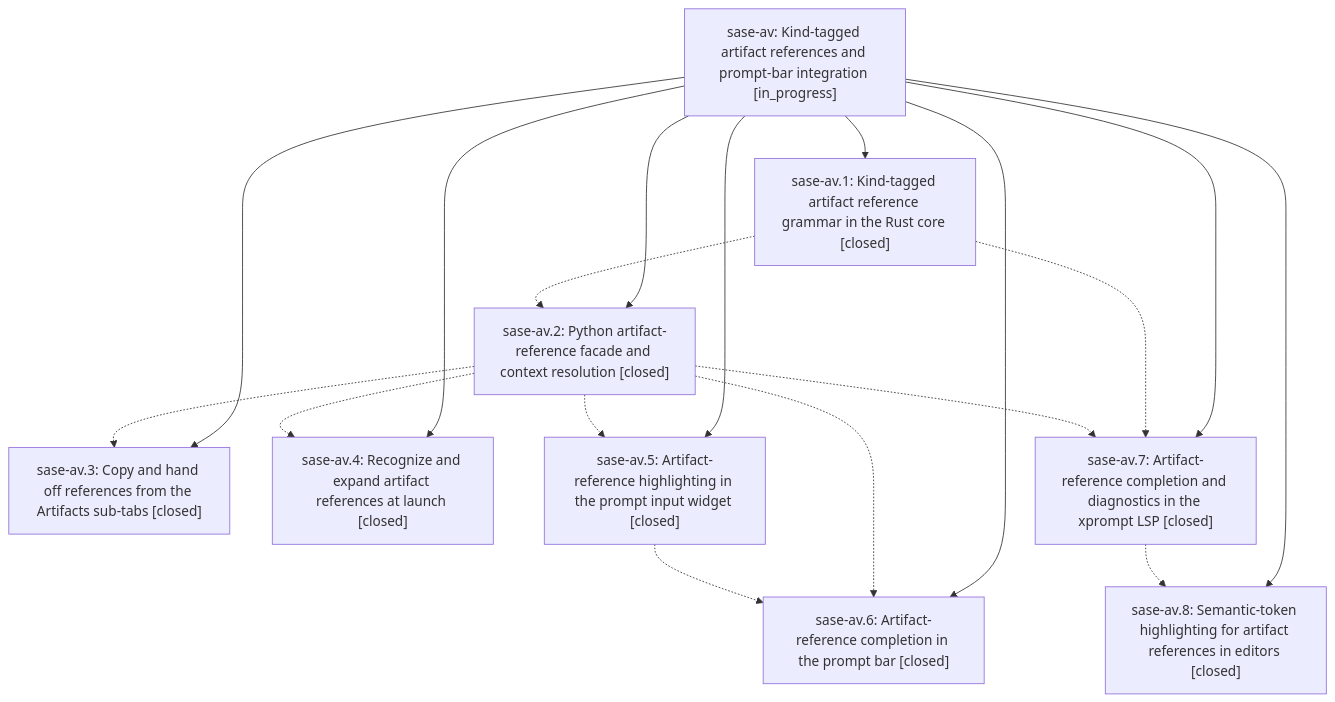
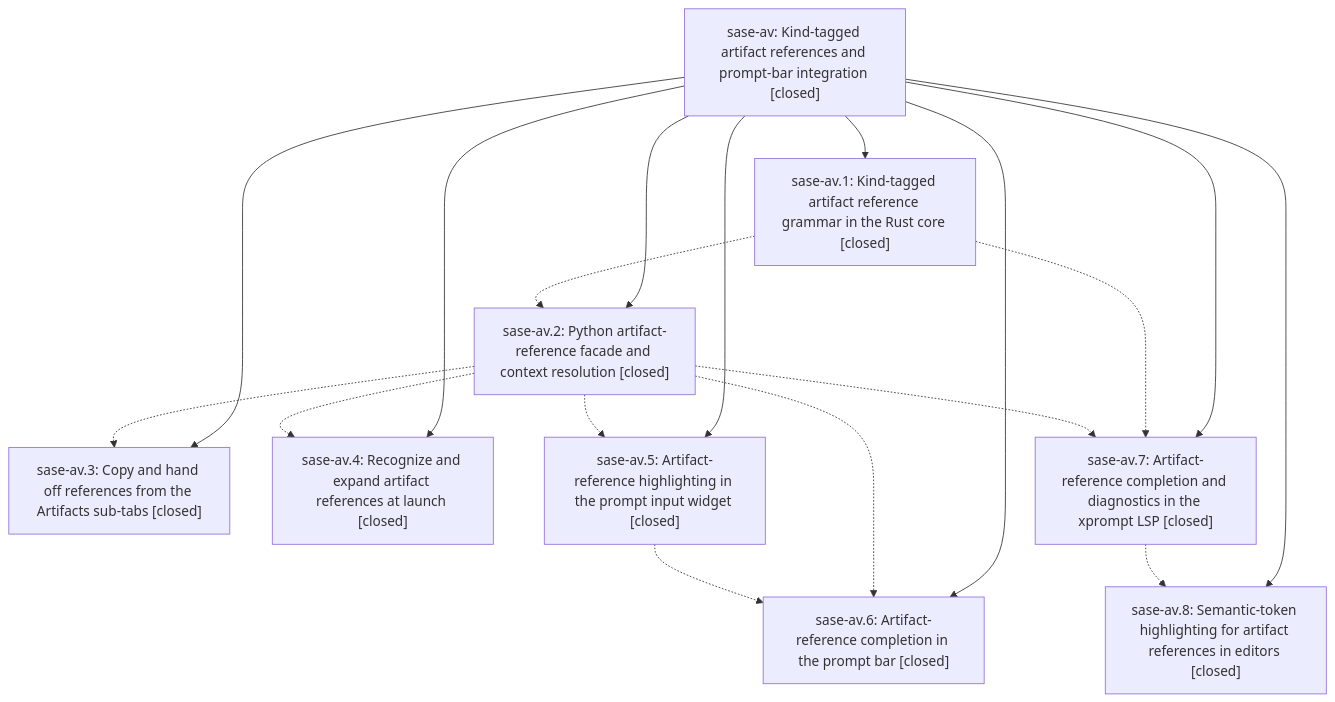
Before and after one commit to sase-org/sase--beads: the diagram in pages/sase-av/README.md, drawn with Mermaid. The commit also changed other lines of this file and 490 other files, not shown here.

````diff
--- a/pages/sase-av/README.md
+++ b/pages/sase-av/README.md
@@ -29,29 +33,29 @@
 ```mermaid
 flowchart TD
-    n0["sase-av: Kind-tagged artifact references and prompt-bar integration [in_progress]"]
+    n0["sase-av: Kind-tagged artifact references and prompt-bar integration [closed]"]
     n1["sase-av.1: Kind-tagged artifact reference grammar in the Rust core [closed]"]
     n2["sase-av.2: Python artifact-reference facade and context resolution [closed]"]
     n3["sase-av.3: Copy and hand off references from the Artifacts sub-tabs [closed]"]
     n4["sase-av.4: Recognize and expand artifact references at launch [closed]"]
     n5["sase-av.5: Artifact-reference highlighting in the prompt input widget [closed]"]
     n6["sase-av.6: Artifact-reference completion in the prompt bar [closed]"]
     n7["sase-av.7: Artifact-reference completion and diagnostics in the xprompt LSP [closed]"]
     n8["sase-av.8: Semantic-token highlighting for artifact references in editors [closed]"]
     n0 --> n1
     n0 --> n2
     n0 --> n3
     n0 --> n4
     n0 --> n5
     n0 --> n6
     n0 --> n7
     n0 --> n8
     n1 -.-> n2
     n1 -.-> n7
     n2 -.-> n3
     n2 -.-> n4
     n2 -.-> n5
     n2 -.-> n6
     n2 -.-> n7
     n5 -.-> n6
     n7 -.-> n8
 ```
````
